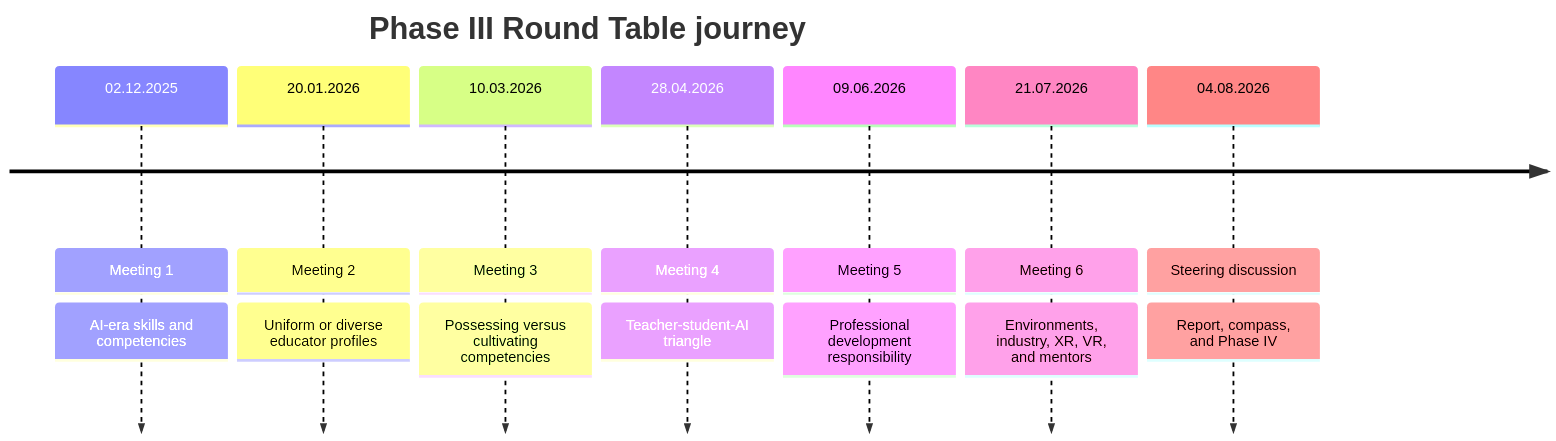
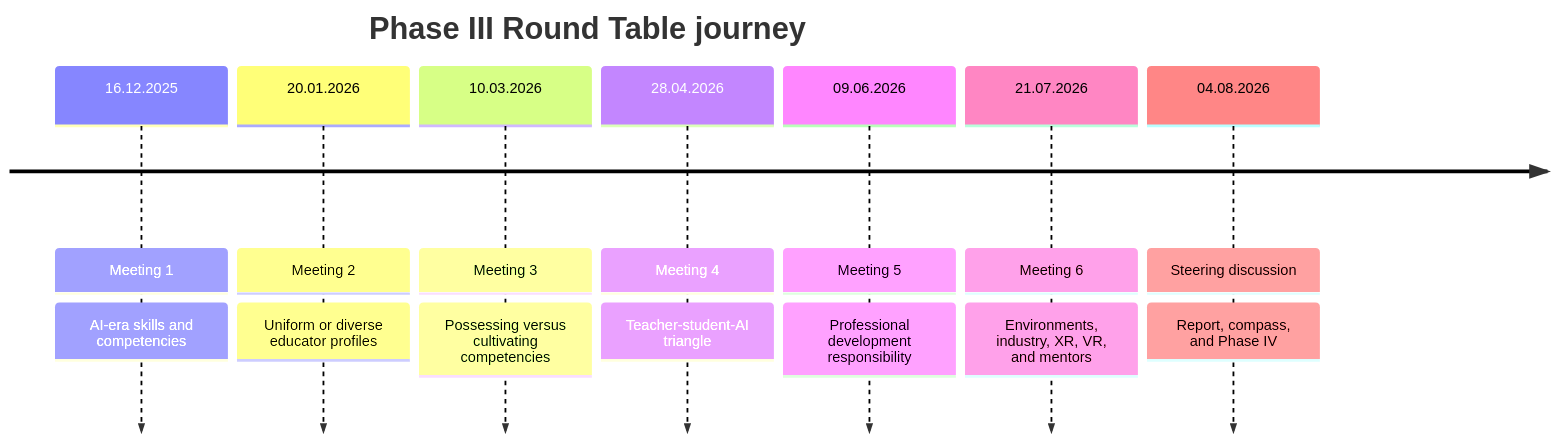
Before and after one commit to avisalmon/RoundTableIII: the tenth of 11 diagrams in book/manuscript.md, drawn with Mermaid. The commit also changed other lines of this file and 10 other files, not shown here.

````diff
--- a/book/manuscript.md
+++ b/book/manuscript.md
@@ -2723,11 +2779,11 @@
 ```mermaid
 timeline
   title Phase III Round Table journey
-  02.12.2025 : Meeting 1 : AI-era skills and competencies
+  16.12.2025 : Meeting 1 : AI-era skills and competencies
   20.01.2026 : Meeting 2 : Uniform or diverse educator profiles
   10.03.2026 : Meeting 3 : Possessing versus cultivating competencies
   28.04.2026 : Meeting 4 : Teacher-student-AI triangle
   09.06.2026 : Meeting 5 : Professional development responsibility
   21.07.2026 : Meeting 6 : Environments, industry, XR, VR, and mentors
   04.08.2026 : Steering discussion : Report, compass, and Phase IV
 ```
````
